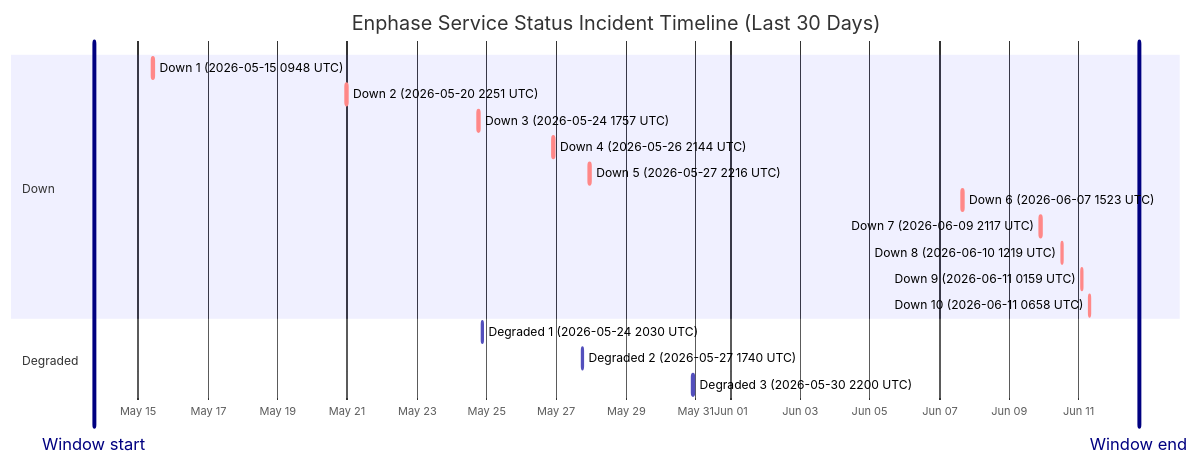
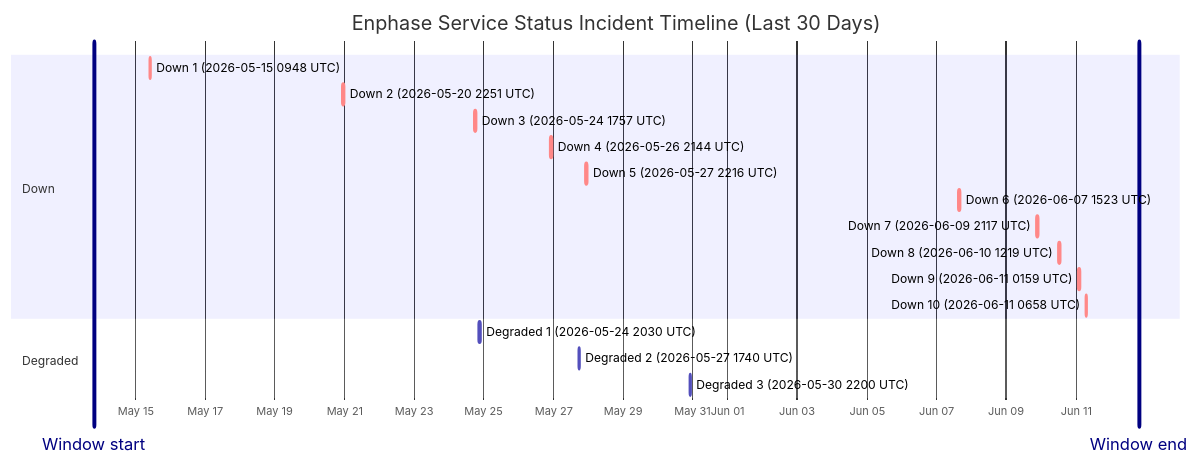
One commit to barneyonline/ha-enphase-energy changed the diagram in wiki/Service-Status-History.md. Above: the diagram before and after it, drawn with Mermaid. The commit also changed other lines of this file and 3 other files, not shown here.

````diff
--- a/wiki/Service-Status-History.md
+++ b/wiki/Service-Status-History.md
@@ -14,23 +14,23 @@
 ```mermaid
 gantt
     title Enphase Service Status Incident Timeline (Last 30 Days)
     dateFormat  YYYY-MM-DDTHH:mm:ss
     axisFormat  %b %d
-    Window start :vert, window-start, 2026-05-13T17:21:12, 0ms
-    Window end :vert, window-end, 2026-06-12T17:21:12, 0ms
+    Window start :vert, window-start, 2026-05-13T19:29:03, 0ms
+    Window end :vert, window-end, 2026-06-12T19:29:03, 0ms
     section Down
     Down 1 (2026-05-15 0948 UTC) :crit, down-1, 2026-05-15T09:48:18, 60m
     Down 2 (2026-05-20 2251 UTC) :crit, down-2, 2026-05-20T22:51:14, 75m
     Down 3 (2026-05-24 1757 UTC) :crit, down-3, 2026-05-24T17:57:41, 86m
     Down 4 (2026-05-26 2144 UTC) :crit, down-4, 2026-05-26T21:44:11, 85m
     Down 5 (2026-05-27 2216 UTC) :crit, down-5, 2026-05-27T22:16:53, 87m
     Down 6 (2026-06-07 1523 UTC) :crit, down-6, 2026-06-07T15:23:22, 87m
     Down 7 (2026-06-09 2117 UTC) :crit, down-7, 2026-06-09T21:17:17, 60m
     Down 8 (2026-06-10 1219 UTC) :crit, down-8, 2026-06-10T12:19:21, 60m
     Down 9 (2026-06-11 0159 UTC) :crit, down-9, 2026-06-11T01:59:36, 60m
     Down 10 (2026-06-11 0658 UTC) :crit, down-10, 2026-06-11T06:58:45, 60m
     section Degraded
     Degraded 1 (2026-05-24 2030 UTC) :active, degraded-1, 2026-05-24T20:30:57, 84m
     Degraded 2 (2026-05-27 1740 UTC) :active, degraded-2, 2026-05-27T17:40:52, 60m
     Degraded 3 (2026-05-30 2200 UTC) :active, degraded-3, 2026-05-30T22:00:37, 60m
 ```
````
